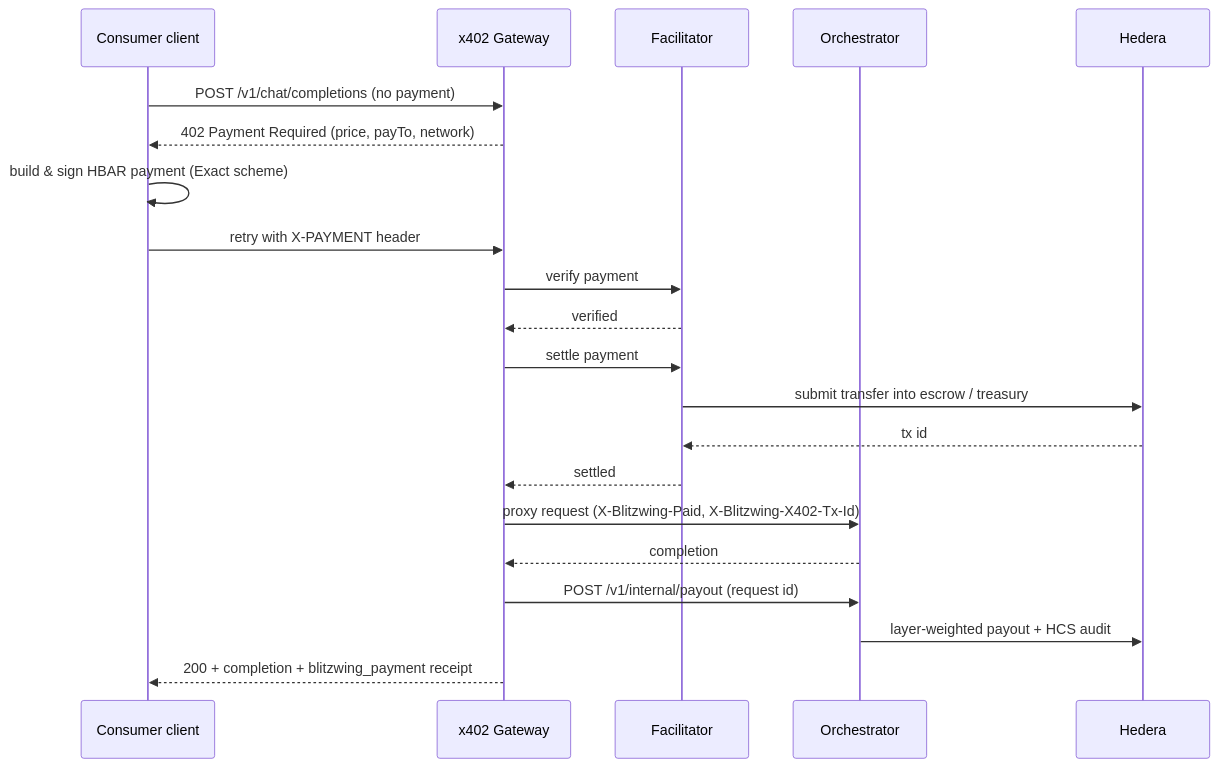
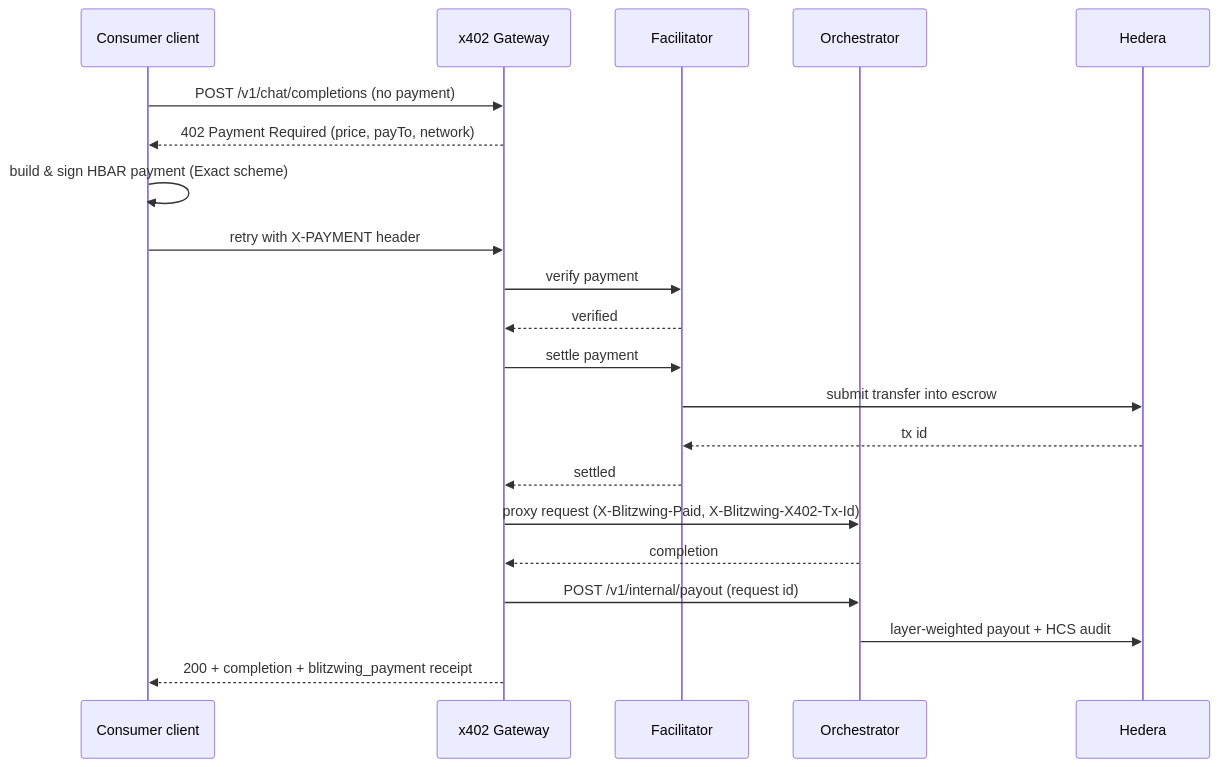
One commit to Marshal-AM/blitzwing changed the seventh of 12 diagrams in README.md. Above: the diagram before and after it, drawn with Mermaid. The commit also changed other lines of this file, not shown here.

````diff
--- a/README.md
+++ b/README.md
@@ -705,23 +727,23 @@
 ```mermaid
 sequenceDiagram
     participant C as Consumer client
     participant G as x402 Gateway
     participant F as Facilitator
     participant O as Orchestrator
     participant H as Hedera
     C->>G: POST /v1/chat/completions (no payment)
     G-->>C: 402 Payment Required (price, payTo, network)
     C->>C: build & sign HBAR payment (Exact scheme)
     C->>G: retry with X-PAYMENT header
     G->>F: verify payment
     F-->>G: verified
     G->>F: settle payment
-    F->>H: submit transfer into escrow / treasury
+    F->>H: submit transfer into escrow
     H-->>F: tx id
     F-->>G: settled
     G->>O: proxy request (X-Blitzwing-Paid, X-Blitzwing-X402-Tx-Id)
     O-->>G: completion
     G->>O: POST /v1/internal/payout (request id)
     O->>H: layer-weighted payout + HCS audit
     G-->>C: 200 + completion + blitzwing_payment receipt
 ```
````
